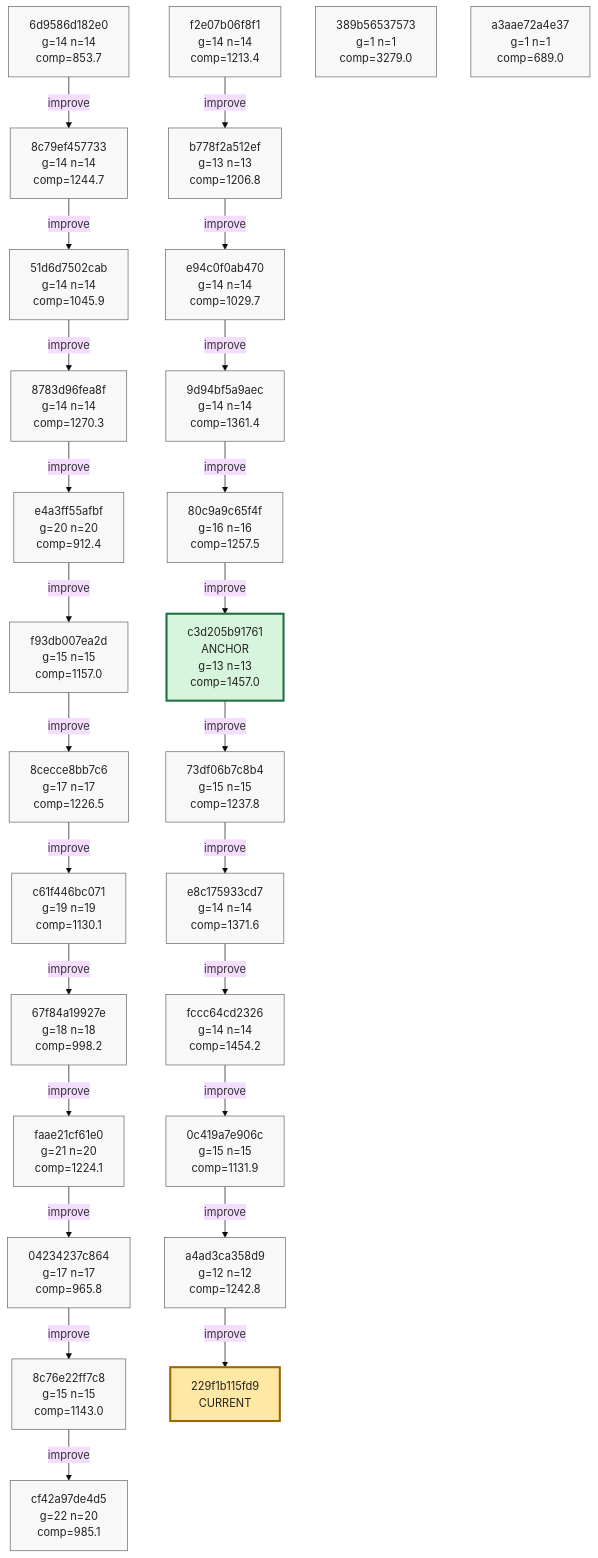
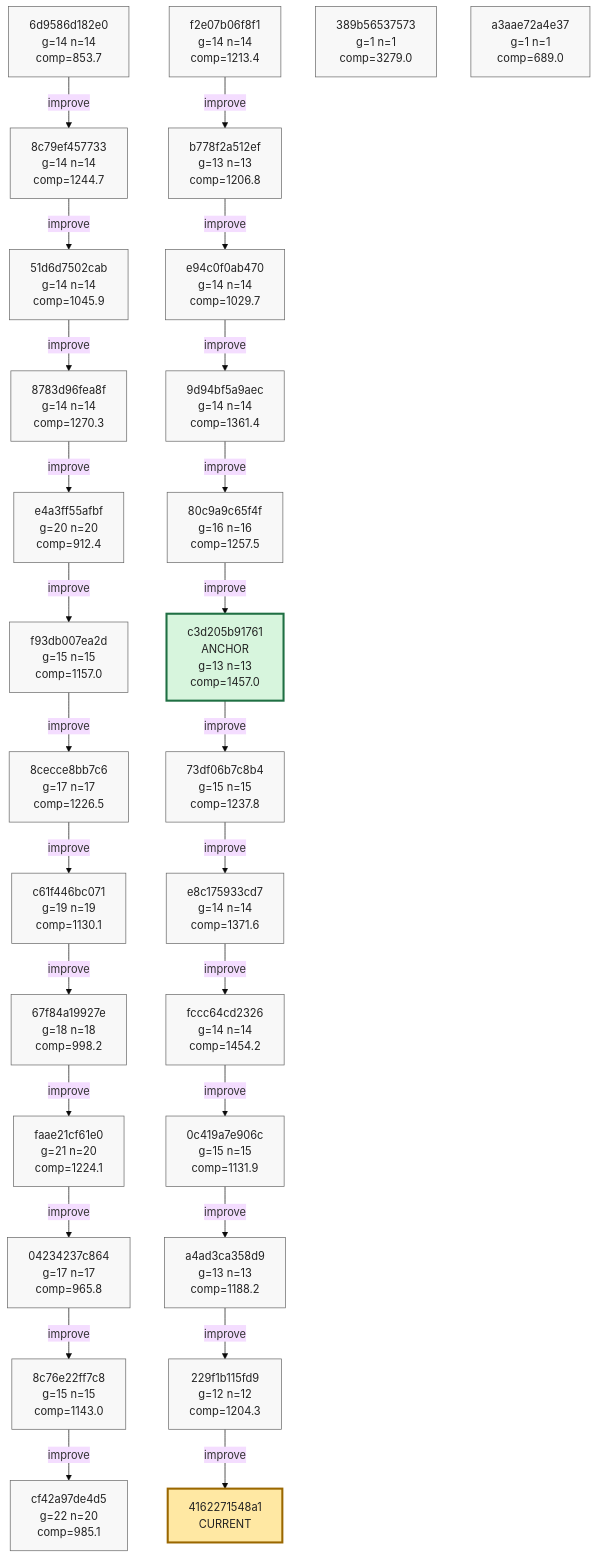
One commit to azumag/soviet_now changed the eighth of 8 diagrams in phyrogenetic-tree.md. Above: the diagram before and after it, drawn with Mermaid (base theme). The commit also changed other lines of this file and 2 other files, not shown here.

Commit message:
eloop Improve after 12 games (scores: 1317 1382 1466 1022 2121 1781 779 1080 1235 1189 3013 879)

````diff
--- a/phyrogenetic-tree.md
+++ b/phyrogenetic-tree.md
@@ -1935,10 +1935,11 @@
     h_e8c175933cd7["e8c175933cd7<br/>g=14 n=14<br/>comp=1371.6"]
     h_fccc64cd2326["fccc64cd2326<br/>g=14 n=14<br/>comp=1454.2"]
     h_0c419a7e906c["0c419a7e906c<br/>g=15 n=15<br/>comp=1131.9"]
-    h_a4ad3ca358d9["a4ad3ca358d9<br/>g=12 n=12<br/>comp=1242.8"]
+    h_a4ad3ca358d9["a4ad3ca358d9<br/>g=13 n=13<br/>comp=1188.2"]
+    h_229f1b115fd9["229f1b115fd9<br/>g=12 n=12<br/>comp=1204.3"]
     h_389b56537573["389b56537573<br/>g=1 n=1<br/>comp=3279.0"]
     h_a3aae72a4e37["a3aae72a4e37<br/>g=1 n=1<br/>comp=689.0"]
-    h_229f1b115fd9["229f1b115fd9<br/>CURRENT"]
+    h_4162271548a1["4162271548a1<br/>CURRENT"]
 
     h_6d9586d182e0 -->|improve| h_8c79ef457733
     h_8c79ef457733 -->|improve| h_51d6d7502cab
@@ -1963,6 +1964,7 @@
     h_fccc64cd2326 -->|improve| h_0c419a7e906c
     h_0c419a7e906c -->|improve| h_a4ad3ca358d9
     h_a4ad3ca358d9 -->|improve| h_229f1b115fd9
+    h_229f1b115fd9 -->|improve| h_4162271548a1
 
     classDef plain fill:#f8f8f8,stroke:#666,stroke-width:1px,color:#222;
     classDef current fill:#ffe8a3,stroke:#9a6700,stroke-width:3px,color:#222;
@@ -1993,7 +1995,8 @@
     class h_fccc64cd2326 plain;
     class h_0c419a7e906c plain;
     class h_a4ad3ca358d9 plain;
+    class h_229f1b115fd9 plain;
     class h_389b56537573 plain;
     class h_a3aae72a4e37 plain;
-    class h_229f1b115fd9 current;
+    class h_4162271548a1 current;
 ```
````
